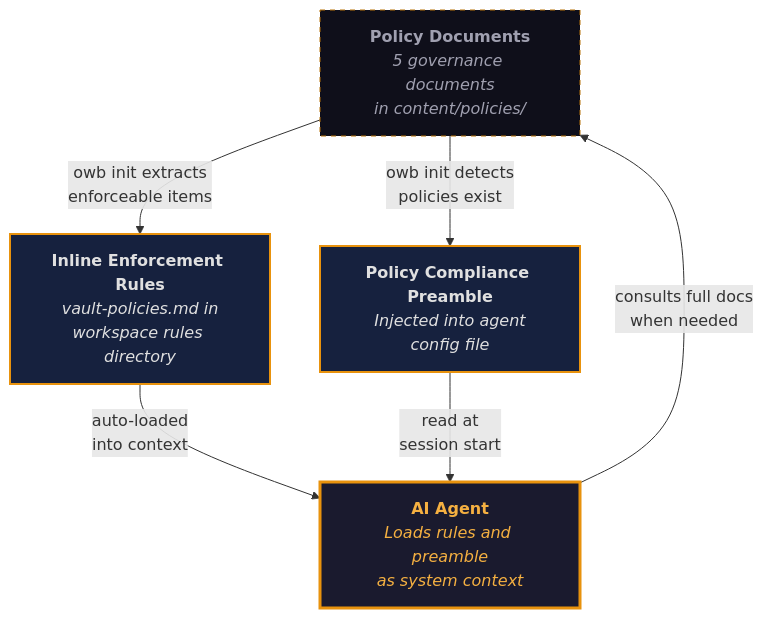
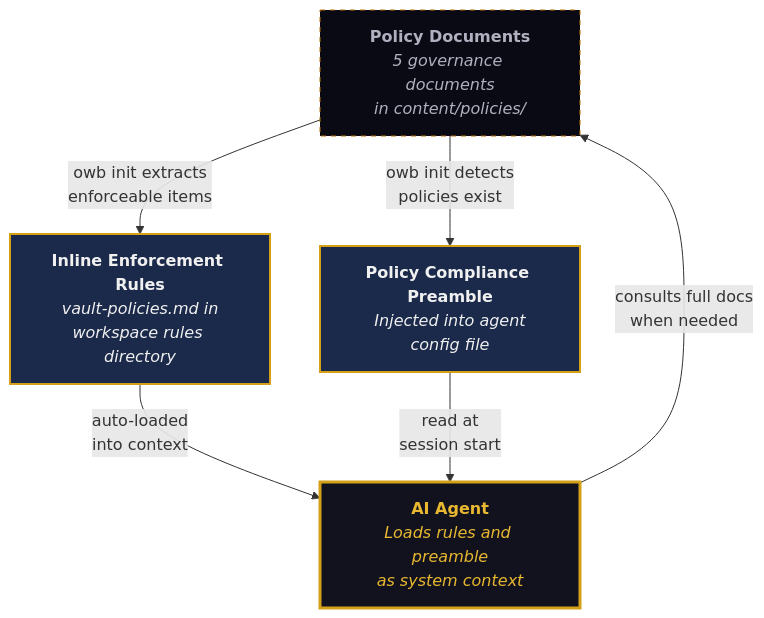
The fourth of 4 diagrams in docs/reference/lifecycle.md (originalrgsec/open-workspace-builder), drawn with Mermaid before and after one commit. The commit also changed other lines of this file and 19 other files, not shown here.

````diff
--- a/docs/reference/lifecycle.md
+++ b/docs/reference/lifecycle.md
@@ -118,18 +118,18 @@
 ```mermaid
 graph TD
     Policies["<b>Policy Documents</b><br/><i>5 governance documents<br/>in content/policies/</i>"]:::store
     Rules["<b>Inline Enforcement Rules</b><br/><i>vault-policies.md in<br/>workspace rules directory</i>"]:::rules
     Preamble["<b>Policy Compliance Preamble</b><br/><i>Injected into agent<br/>config file</i>"]:::rules
     Agent["<b>AI Agent</b><br/><i>Loads rules and preamble<br/>as system context</i>"]:::agent
 
     Policies -->|"owb init extracts<br/>enforceable items"| Rules
     Policies -->|"owb init detects<br/>policies exist"| Preamble
     Rules -->|"auto-loaded<br/>into context"| Agent
     Preamble -->|"read at<br/>session start"| Agent
 
     Agent -->|"consults full docs<br/>when needed"| Policies
 
-    classDef store fill:#0F0F1A,color:#A0A0B0,stroke:#B87308,stroke-width:1px,stroke-dasharray:5 5
-    classDef rules fill:#16213E,color:#E0E0E0,stroke:#E8920D,stroke-width:2px
-    classDef agent fill:#1A1A2E,color:#F5B041,stroke:#E8920D,stroke-width:3px
+    classDef store fill:#0A0A14,color:#B0B0C0,stroke:#B87308,stroke-width:1px,stroke-dasharray:5 5
+    classDef rules fill:#1B2A4A,color:#F0F0F0,stroke:#D4A017,stroke-width:2px
+    classDef agent fill:#12121E,color:#E8B830,stroke:#D4A017,stroke-width:3px
 ```
````
